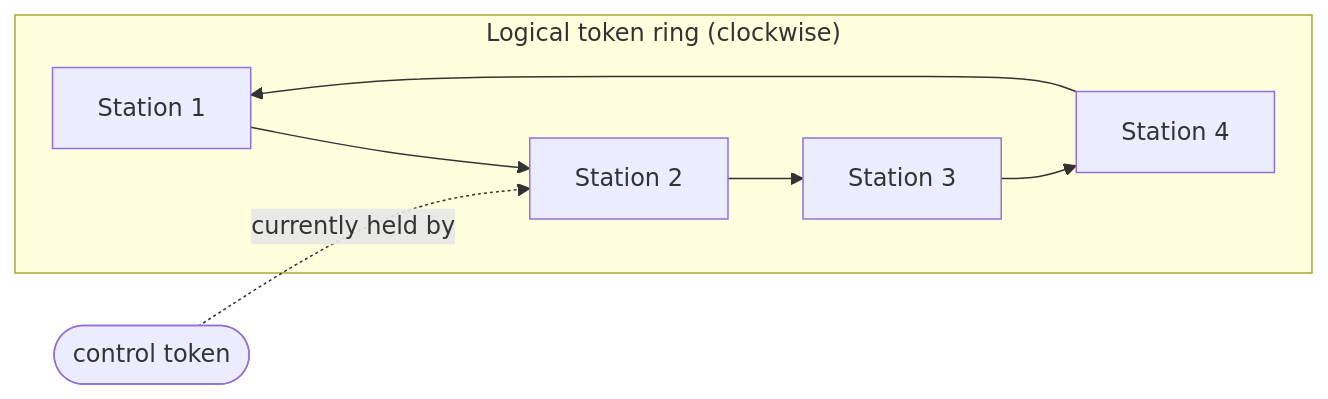
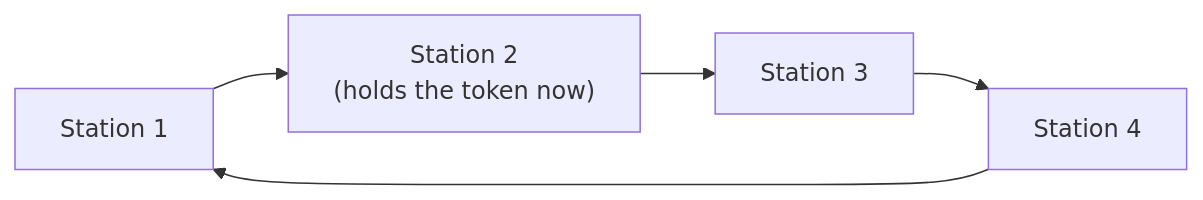
The second of 11 diagrams in EDA387-Computer-Networks/08-Dijkstra-Algorithm.md (FahimMashroor/Chalmers_CSC), drawn with Mermaid before and after one commit. The commit also changed other lines of this file, not shown here.

Commit message:
Rewrite 08 Dijkstra Algorithm in simple language with examples and diagrams

````diff
--- a/EDA387-Computer-Networks/08-Dijkstra-Algorithm.md
+++ b/EDA387-Computer-Networks/08-Dijkstra-Algorithm.md
@@ -71,10 +98,7 @@
 ```mermaid
 flowchart LR
-    subgraph Ring["Logical token ring (clockwise)"]
-        S1["Station 1"] --> S2["Station 2"]
-        S2 --> S3["Station 3"]
-        S3 --> S4["Station 4"]
-        S4 --> S1
-    end
-    T(["control token"]) -. "currently held by" .-> S2
+  S1["Station 1"] --> S2["Station 2<br/>(holds the token now)"]
+  S2 --> S3["Station 3"]
+  S3 --> S4["Station 4"]
+  S4 --> S1
 ```
````
